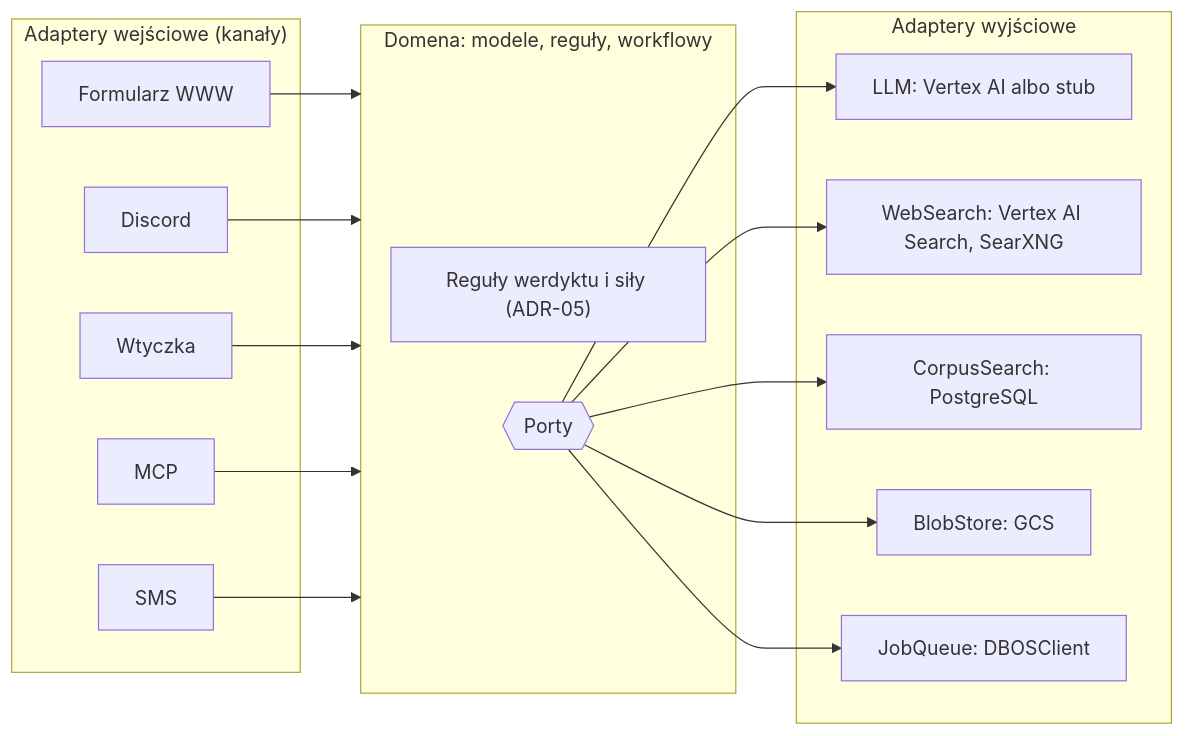
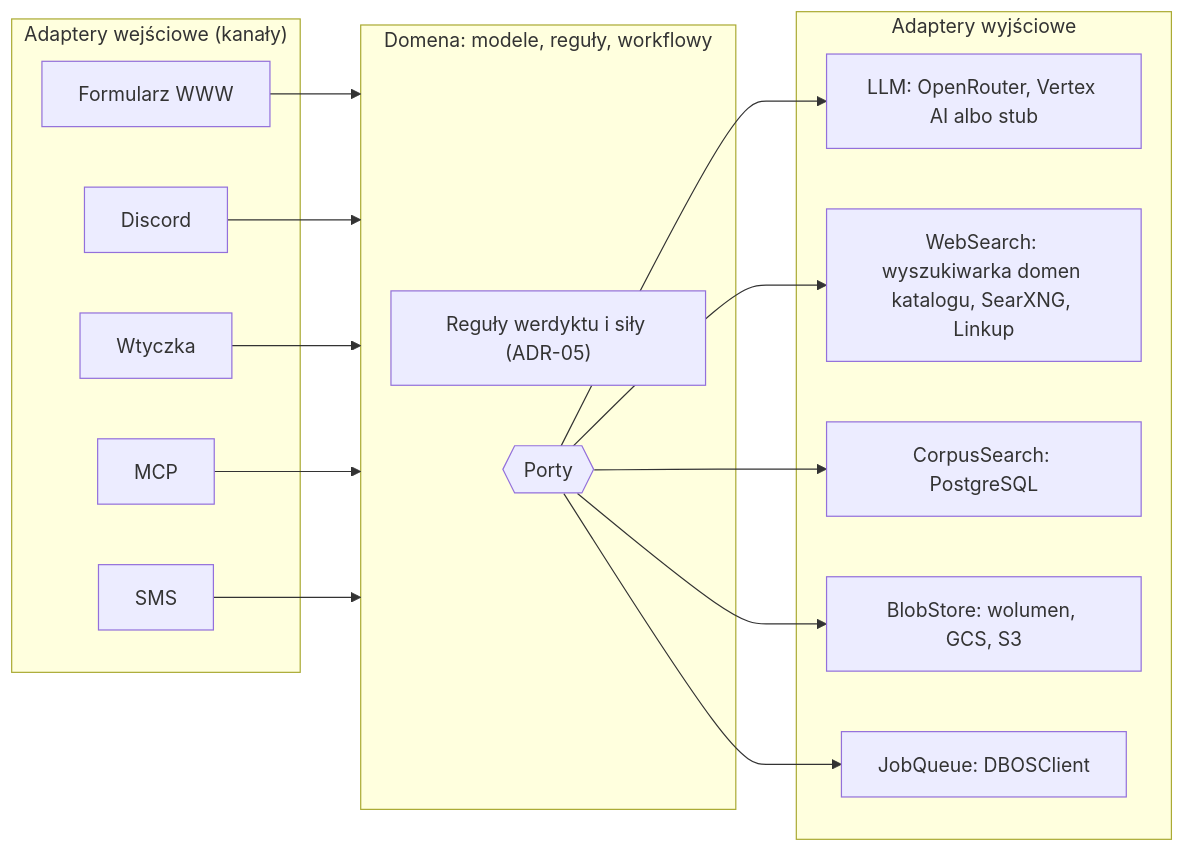
One commit to Meritum-HackNation2026/meritum-docs changed the diagram in docs/architektura/porty-i-adaptery.md. Above: the diagram before and after it, drawn with Mermaid. The commit also changed other lines of this file and 15 other files, not shown here.

````diff
--- a/docs/architektura/porty-i-adaptery.md
+++ b/docs/architektura/porty-i-adaptery.md
@@ -33,34 +33,34 @@
 ```mermaid
 flowchart LR
   subgraph in["Adaptery wejściowe (kanały)"]
     web["Formularz WWW"]
     dc["Discord"]
     ext["Wtyczka"]
     mcp["MCP"]
     sms["SMS"]
   end
 
   subgraph core["Domena: modele, reguły, workflowy"]
     rules["Reguły werdyktu i siły (ADR-05)"]
     ports{{"Porty"}}
   end
 
   subgraph out["Adaptery wyjściowe"]
-    llm["LLM: Vertex AI albo stub"]
-    ws["WebSearch: Vertex AI Search, SearXNG"]
+    llm["LLM: OpenRouter, Vertex AI albo stub"]
+    ws["WebSearch: wyszukiwarka domen katalogu, SearXNG, Linkup"]
     cs["CorpusSearch: PostgreSQL"]
-    blob["BlobStore: GCS"]
+    blob["BlobStore: wolumen, GCS, S3"]
     jq["JobQueue: DBOSClient"]
   end
 
   web --> core
   dc --> core
   ext --> core
   mcp --> core
   sms --> core
   ports --> llm
   ports --> ws
   ports --> cs
   ports --> blob
   ports --> jq
 ```
````
